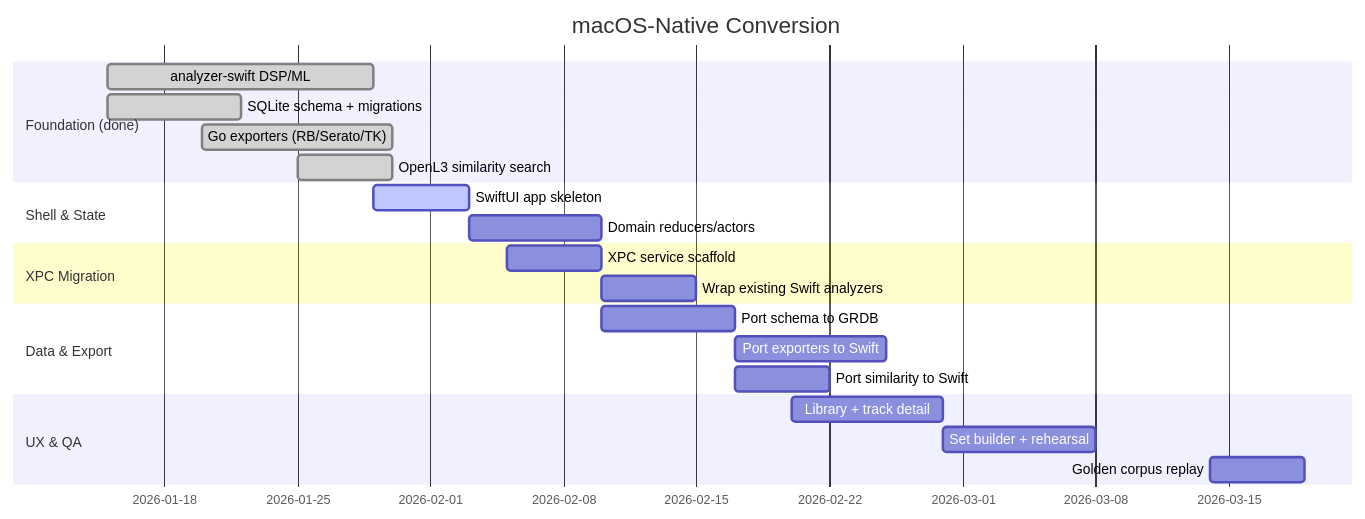
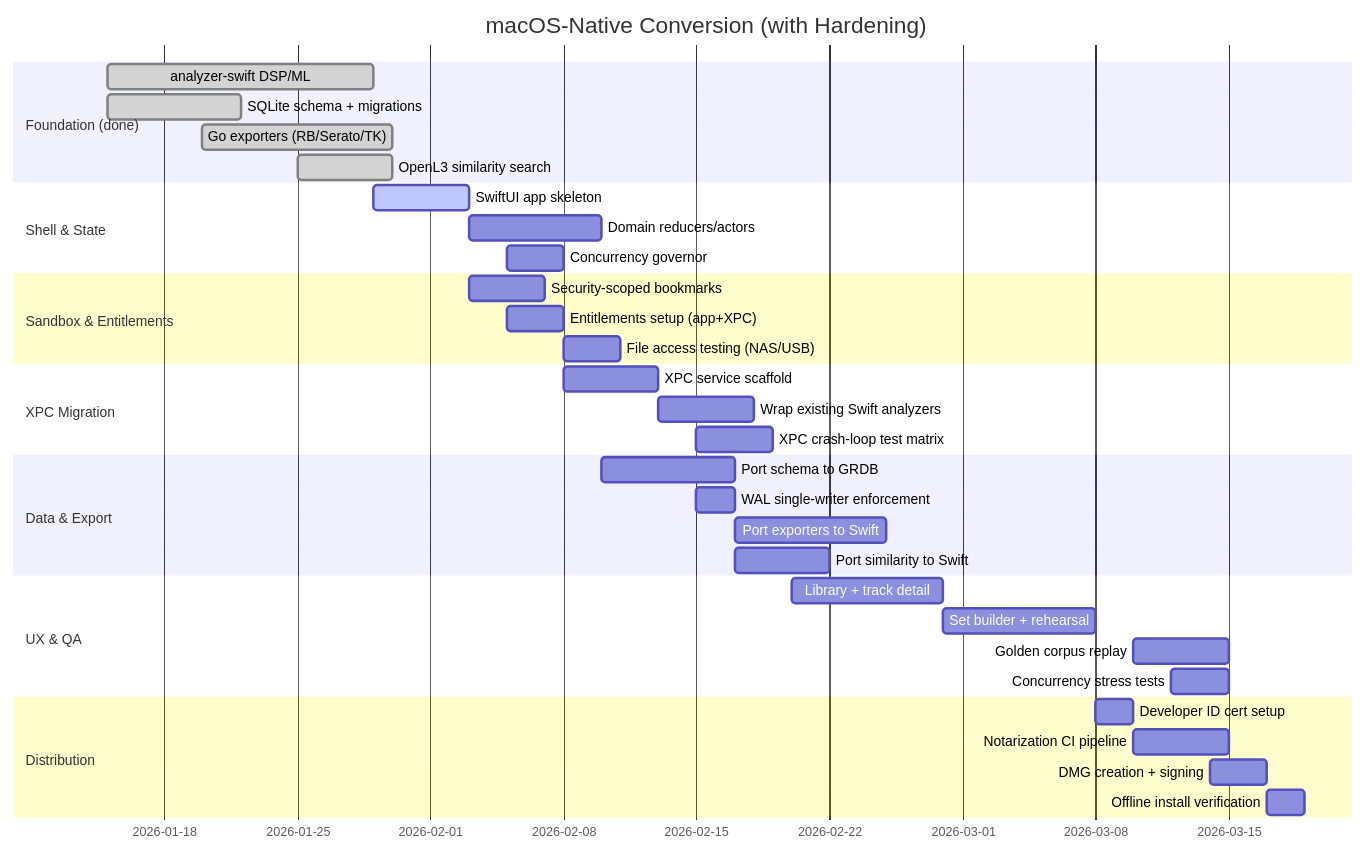
Before and after one commit to ParkWardRR/cartomix-Web-Based-DJ-Copilot: the third of 3 diagrams in macOS-Native-Conversion.md, drawn with Mermaid. The commit also changed other lines of this file, not shown here.

First line of the commit message:
docs: add distribution, sandbox, and operational hardening to macOS plan

````diff
--- a/macOS-Native-Conversion.md
+++ b/macOS-Native-Conversion.md
@@ -528,24 +901,37 @@
 ```mermaid
 gantt
     dateFormat  YYYY-MM-DD
-    title  macOS-Native Conversion
+    title  macOS-Native Conversion (with Hardening)
     section Foundation (done)
     analyzer-swift DSP/ML         :done,    f1, 2026-01-15,14d
     SQLite schema + migrations    :done,    f2, 2026-01-15,7d
     Go exporters (RB/Serato/TK)   :done,    f3, 2026-01-20,10d
     OpenL3 similarity search      :done,    f4, 2026-01-25,5d
     section Shell & State
     SwiftUI app skeleton          :active,  a1, 2026-01-29,5d
     Domain reducers/actors        :         a2, 2026-02-03,7d
+    Concurrency governor          :         a2b, 2026-02-05,3d
+    section Sandbox & Entitlements
+    Security-scoped bookmarks     :         s1, 2026-02-03,4d
+    Entitlements setup (app+XPC)  :         s2, 2026-02-05,3d
+    File access testing (NAS/USB) :         s3, 2026-02-08,3d
     section XPC Migration
-    XPC service scaffold          :         a3, 2026-02-05,5d
-    Wrap existing Swift analyzers :         a4, 2026-02-10,5d
+    XPC service scaffold          :         a3, 2026-02-08,5d
+    Wrap existing Swift analyzers :         a4, 2026-02-13,5d
+    XPC crash-loop test matrix    :         a5, 2026-02-15,4d
     section Data & Export
     Port schema to GRDB           :         a6, 2026-02-10,7d
+    WAL single-writer enforcement :         a6b, 2026-02-15,2d
     Port exporters to Swift       :         a7, 2026-02-17,8d
     Port similarity to Swift      :         a8, 2026-02-17,5d
     section UX & QA
     Library + track detail        :         a9, 2026-02-20,8d
     Set builder + rehearsal       :         a10, 2026-02-28,8d
-    Golden corpus replay          :         a12, 2026-03-14,5d
+    Golden corpus replay          :         a12, 2026-03-10,5d
+    Concurrency stress tests      :         a13, 2026-03-12,3d
+    section Distribution
+    Developer ID cert setup       :         d1, 2026-03-08,2d
+    Notarization CI pipeline      :         d2, 2026-03-10,5d
+    DMG creation + signing        :         d3, 2026-03-14,3d
+    Offline install verification  :         d4, 2026-03-17,2d
 ```
````
